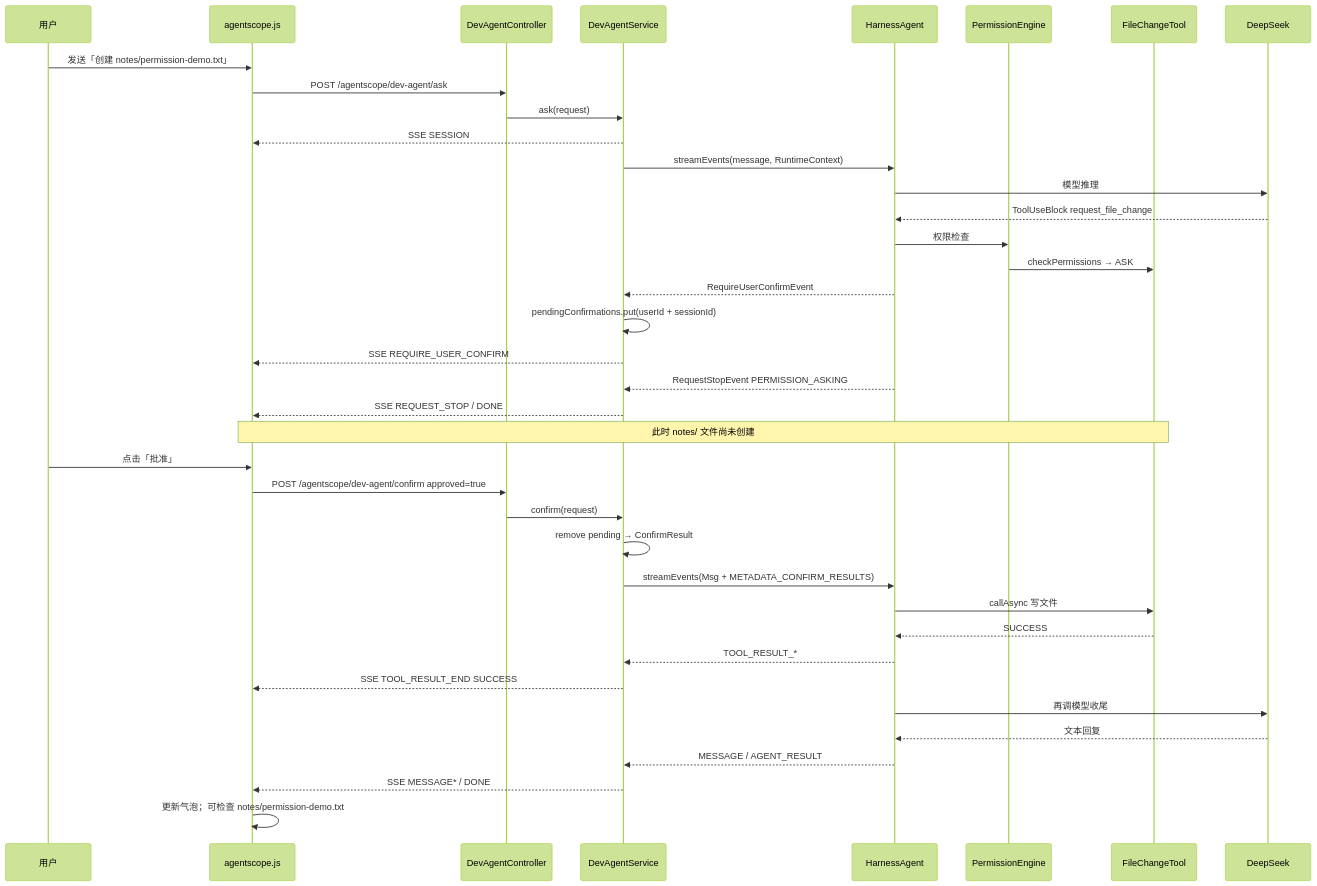
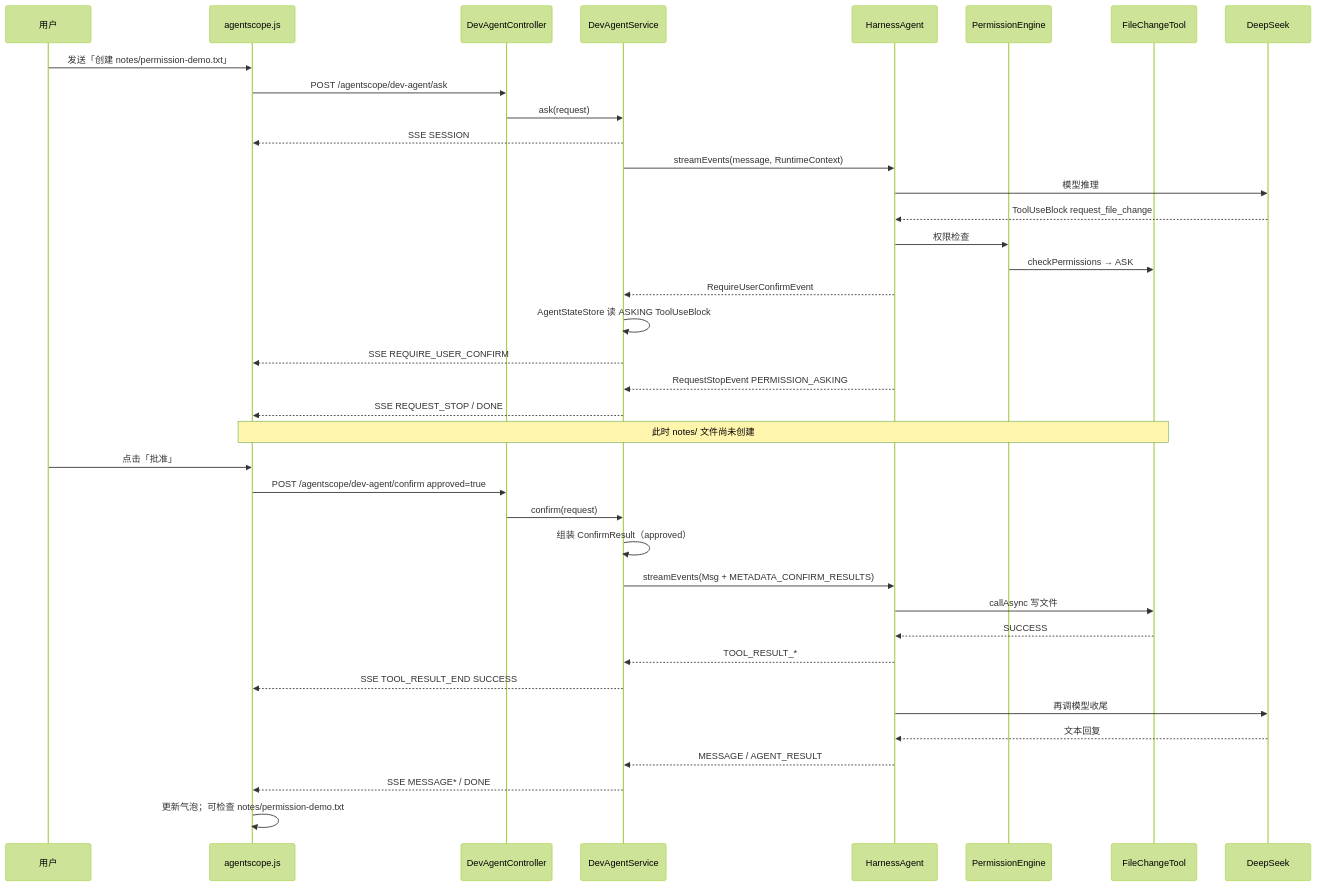
One commit to jasonsoso/spring-ai-demo changed diagram 32 of 34 in demo2/README.md. Above: the diagram before and after it, drawn with Mermaid (forest theme). The commit also changed other lines of this file and 1 other file, not shown here.

First line of the commit message:
docs(demo2): add AgentScope Compaction design diagrams

````diff
--- a/demo2/README.md
+++ b/demo2/README.md
@@ -2534,42 +2535,42 @@
 ```mermaid
 sequenceDiagram
     participant 用户
     participant 前端 as agentscope.js
     participant Ctrl as DevAgentController
     participant Svc as DevAgentService
     participant HA as HarnessAgent
     participant PE as PermissionEngine
     participant Tool as FileChangeTool
     participant DS as DeepSeek
 
     用户->>前端: 发送「创建 notes/permission-demo.txt」
     前端->>Ctrl: POST /agentscope/dev-agent/ask
     Ctrl->>Svc: ask(request)
     Svc-->>前端: SSE SESSION
     Svc->>HA: streamEvents(message, RuntimeContext)
     HA->>DS: 模型推理
     DS-->>HA: ToolUseBlock request_file_change
     HA->>PE: 权限检查
     PE->>Tool: checkPermissions → ASK
     HA-->>Svc: RequireUserConfirmEvent
-    Svc->>Svc: pendingConfirmations.put(userId + sessionId)
+    Svc->>Svc: AgentStateStore 读 ASKING ToolUseBlock
     Svc-->>前端: SSE REQUIRE_USER_CONFIRM
     HA-->>Svc: RequestStopEvent PERMISSION_ASKING
     Svc-->>前端: SSE REQUEST_STOP / DONE
     Note over 前端,Tool: 此时 notes/ 文件尚未创建
 
     用户->>前端: 点击「批准」
     前端->>Ctrl: POST /agentscope/dev-agent/confirm approved=true
     Ctrl->>Svc: confirm(request)
-    Svc->>Svc: remove pending → ConfirmResult
+    Svc->>Svc: 组装 ConfirmResult（approved）
     Svc->>HA: streamEvents(Msg + METADATA_CONFIRM_RESULTS)
     HA->>Tool: callAsync 写文件
     Tool-->>HA: SUCCESS
     HA-->>Svc: TOOL_RESULT_* 
     Svc-->>前端: SSE TOOL_RESULT_END SUCCESS
     HA->>DS: 再调模型收尾
     DS-->>HA: 文本回复
     HA-->>Svc: MESSAGE / AGENT_RESULT
     Svc-->>前端: SSE MESSAGE* / DONE
     前端->>前端: 更新气泡；可检查 notes/permission-demo.txt
 ```
````
